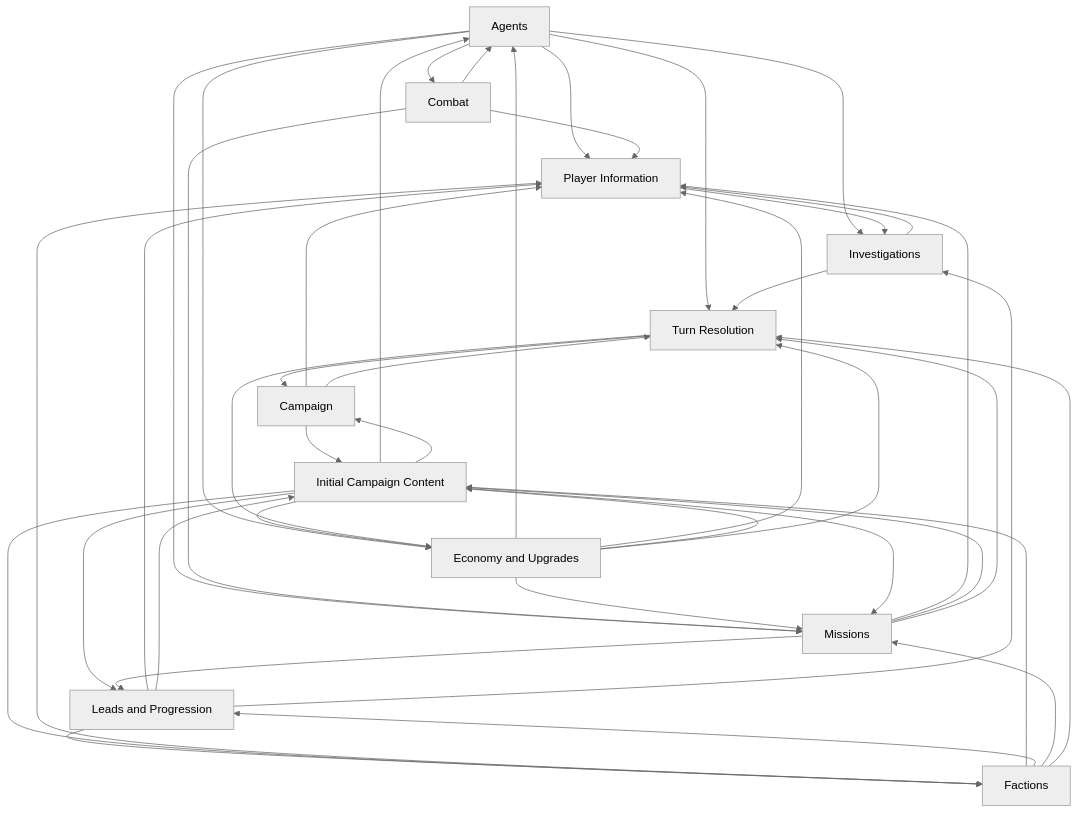
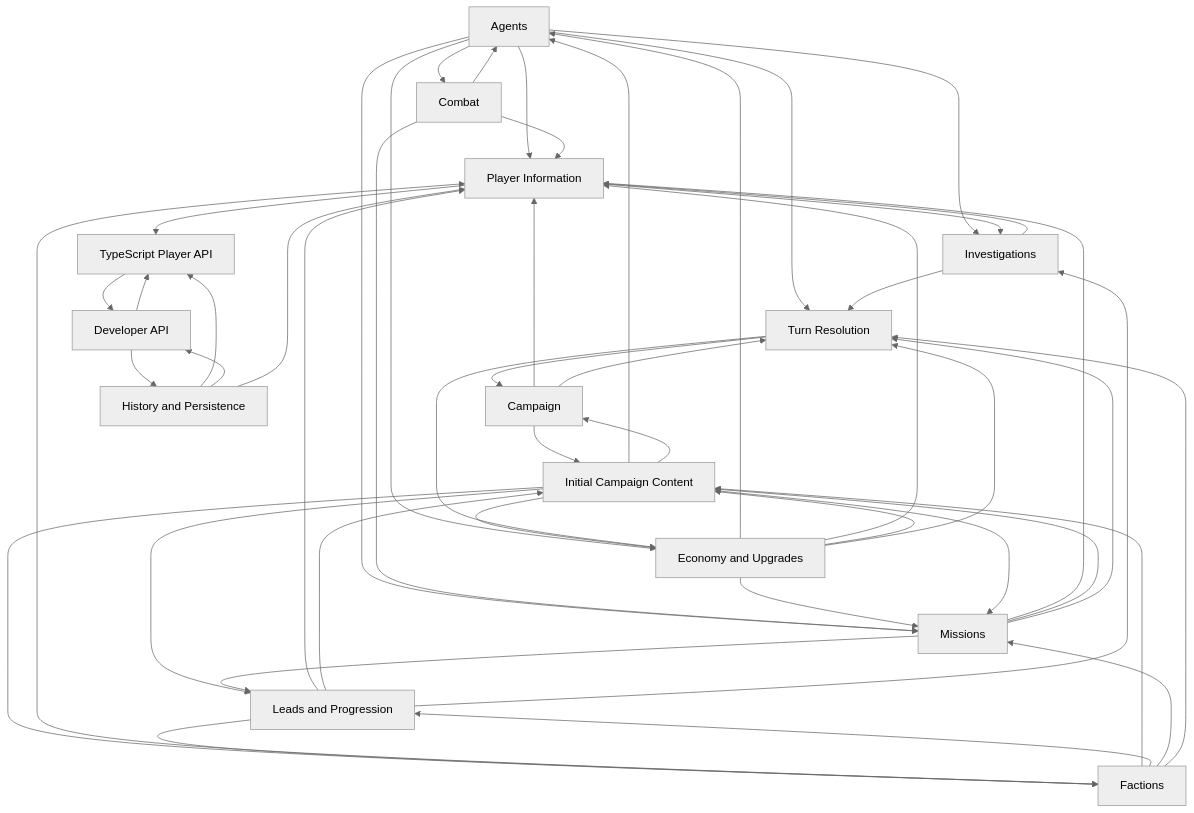
The first of 2 diagrams in docs/spec-relationship-cycles.md (konrad-jamrozik/game-v5), drawn with Mermaid (neutral theme) before and after one commit. The commit also changed other lines of this file and 13 other files, not shown here.

````diff
--- a/docs/spec-relationship-cycles.md
+++ b/docs/spec-relationship-cycles.md
@@ -35,25 +35,31 @@
 ```mermaid
 flowchart TD
   AGENT[Agents]
+  API[TypeScript Player API]
   CAMP[Campaign]
   COMBAT[Combat]
+  DEV[Developer API]
   ECON[Economy and Upgrades]
   FACTION[Factions]
+  HIST[History and Persistence]
   INFO[Player Information]
   INIT[Initial Campaign Content]
   INVSTG[Investigations]
   LEAD[Leads and Progression]
   MISSION[Missions]
   TURN[Turn Resolution]
   AGENT --> COMBAT & ECON & INFO & INVSTG & MISSION & TURN
+  API --> DEV
   CAMP --> INFO & INIT & TURN
   COMBAT --> AGENT & INFO & MISSION
+  DEV --> API & HIST
   ECON --> AGENT & INFO & INIT & MISSION & TURN
   FACTION --> INFO & INIT & LEAD & MISSION & TURN
-  INFO --> INVSTG
+  HIST --> API & DEV & INFO
+  INFO --> API & INVSTG
   INIT --> AGENT & CAMP & ECON & FACTION & LEAD & MISSION
   INVSTG --> INFO & TURN
   LEAD --> FACTION & INFO & INIT & INVSTG
   MISSION --> INFO & INIT & LEAD & TURN
   TURN --> CAMP & ECON
 ```
````
